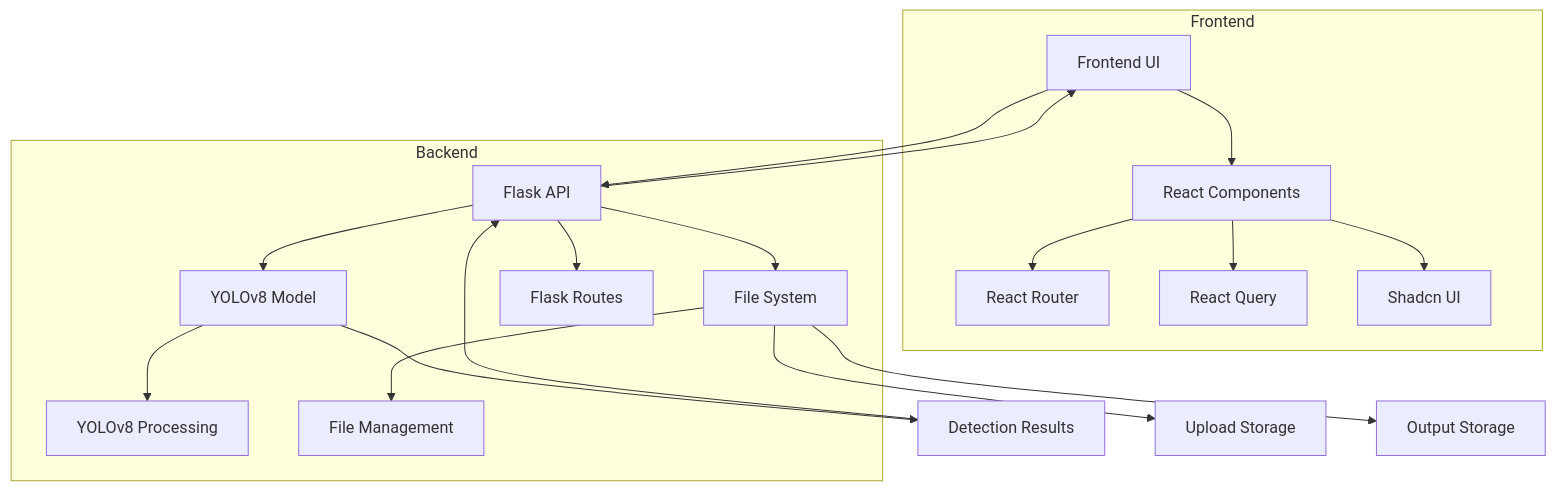
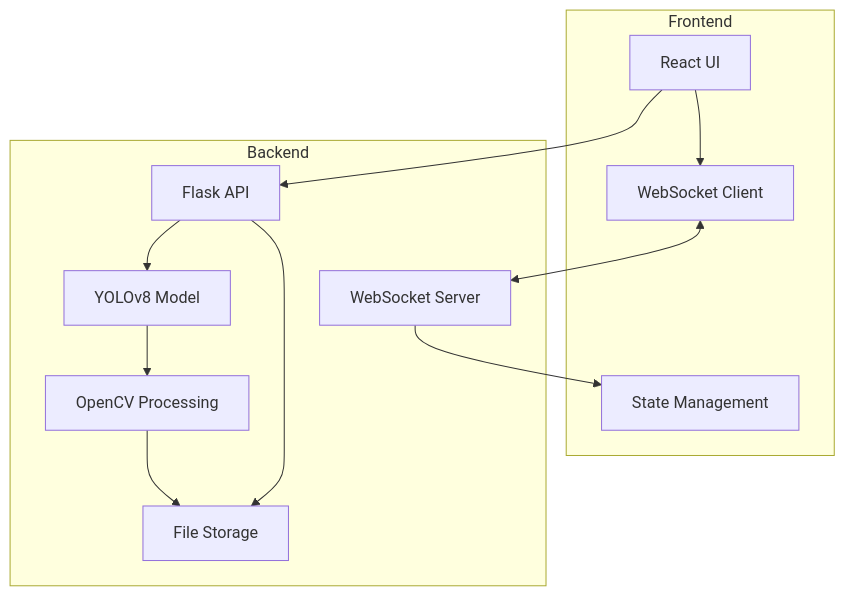
Before and after one commit to rnpnkr/threat-detector: the first of 2 diagrams in memory-bank/systemPatterns.md, drawn with Mermaid. The commit also changed other lines of this file and 3 other files, not shown here.

````diff
--- a/memory-bank/systemPatterns.md
+++ b/memory-bank/systemPatterns.md
@@ -4,24 +5,25 @@
 ```mermaid
 graph TD
-    A[Frontend UI] --> B[Flask API]
-    B --> C[YOLOv8 Model]
-    B --> D[File System]
-    C --> E[Detection Results]
-    D --> F[Upload Storage]
-    D --> G[Output Storage]
-    E --> B
-    B --> A
-
     subgraph Frontend
-        A --> H[React Components]
-        H --> I[React Router]
-        H --> J[React Query]
-        H --> K[Shadcn UI]
+        UI[React UI]
+        WS[WebSocket Client]
+        State[State Management]
     end
 
     subgraph Backend
-        B --> L[Flask Routes]
-        C --> M[YOLOv8 Processing]
-        D --> N[File Management]
+        API[Flask API]
+        WSS[WebSocket Server]
+        Model[YOLOv8 Model]
+        CV[OpenCV Processing]
+        Storage[File Storage]
     end
+
+    UI --> WS
+    WS <--> WSS
+    UI --> API
+    API --> Model
+    Model --> CV
+    CV --> Storage
+    API --> Storage
+    WSS --> State
 ```
````
